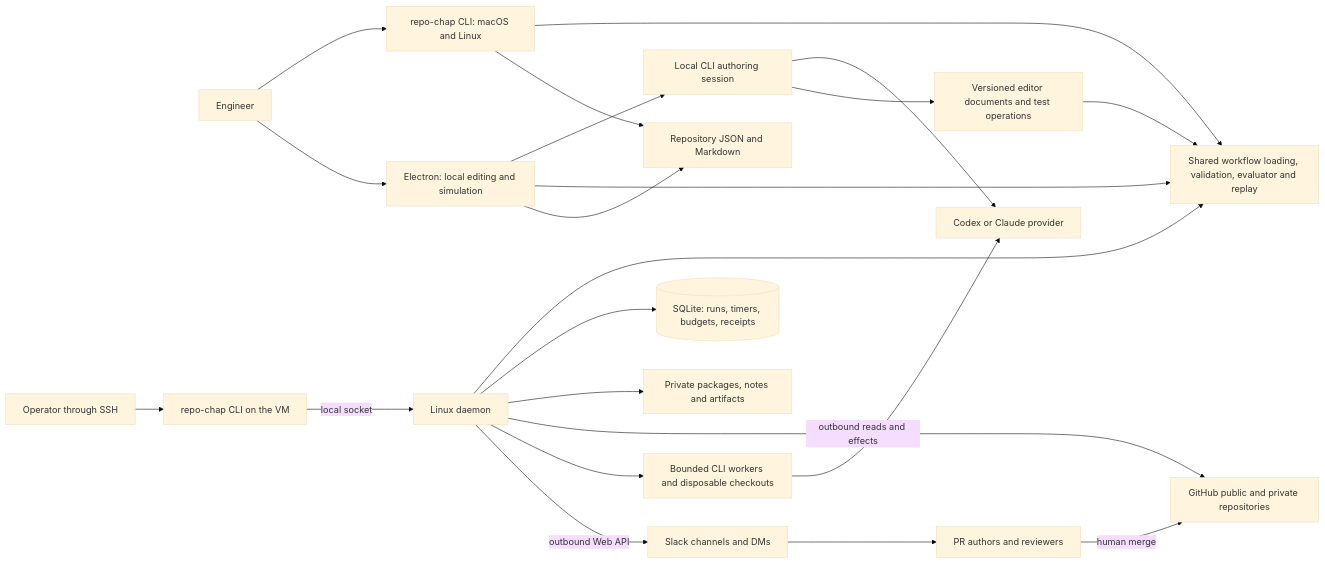
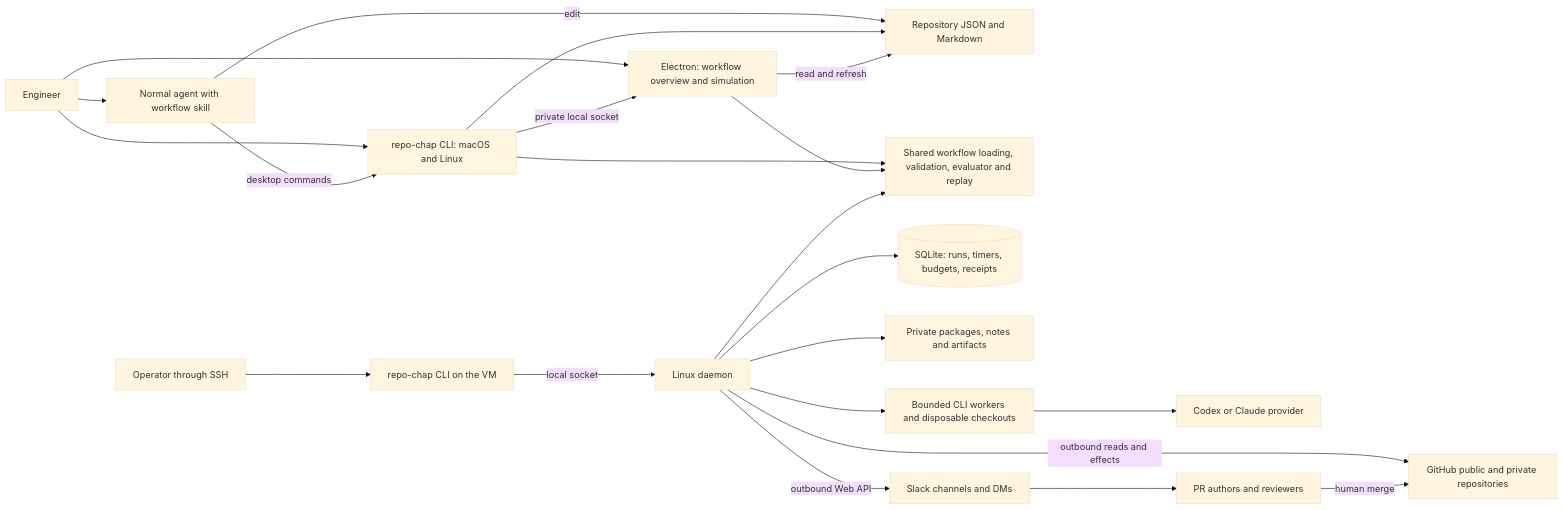
Before and after one commit to alundgren/repo-chap: the first of 4 diagrams in docs/pr-workflows/architecture.md, drawn with Mermaid (base theme). The commit also changed other lines of this file and 80 other files, not shown here.

Commit message:
Move workflow authoring to external agents

````diff
--- a/docs/pr-workflows/architecture.md
+++ b/docs/pr-workflows/architecture.md
@@ -8,24 +8,24 @@
 ```mermaid
 flowchart LR
   Engineer[Engineer] --> CLI[repo-chap CLI: macOS and Linux]
-  Engineer --> Desktop[Electron: local editing and simulation]
+  Engineer --> Agent[Normal agent with workflow skill]
+  Engineer --> Desktop[Electron: workflow overview and simulation]
+  Agent -->|edit| Files
+  Agent -->|desktop commands| CLI
+  CLI -->|private local socket| Desktop
   CLI --> Core[Shared workflow loading, validation, evaluator and replay]
-  Desktop --> Chat[Local CLI authoring session]
-  Chat --> Provider
-  Chat --> Documents[Versioned editor documents and test operations]
-  Documents --> Core
   Desktop --> Core
   CLI --> Files[Repository JSON and Markdown]
-  Desktop --> Files
+  Desktop -->|read and refresh| Files
   Operator[Operator through SSH] --> Control[repo-chap CLI on the VM]
   Control -->|local socket| Daemon[Linux daemon]
   Daemon --> Core
   Daemon --> DB[(SQLite: runs, timers, budgets, receipts)]
   Daemon --> Artifacts[Private packages, notes and artifacts]
   Daemon -->|outbound reads and effects| GitHub[GitHub public and private repositories]
   Daemon --> Worker[Bounded CLI workers and disposable checkouts]
   Worker --> Provider[Codex or Claude provider]
   Daemon -->|outbound Web API| Slack[Slack channels and DMs]
   Slack --> Team[PR authors and reviewers]
   Team -->|human merge| GitHub
 ```
````
